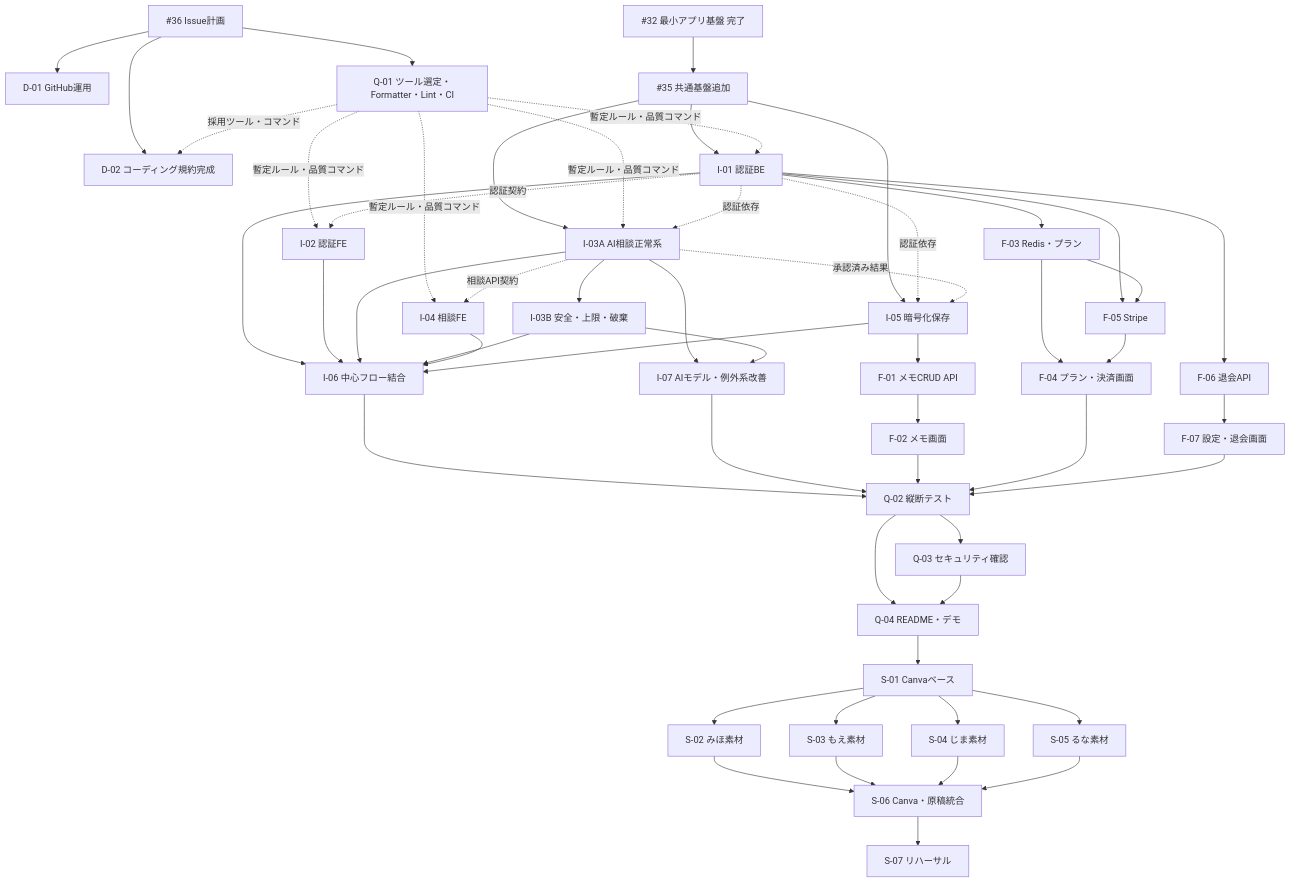
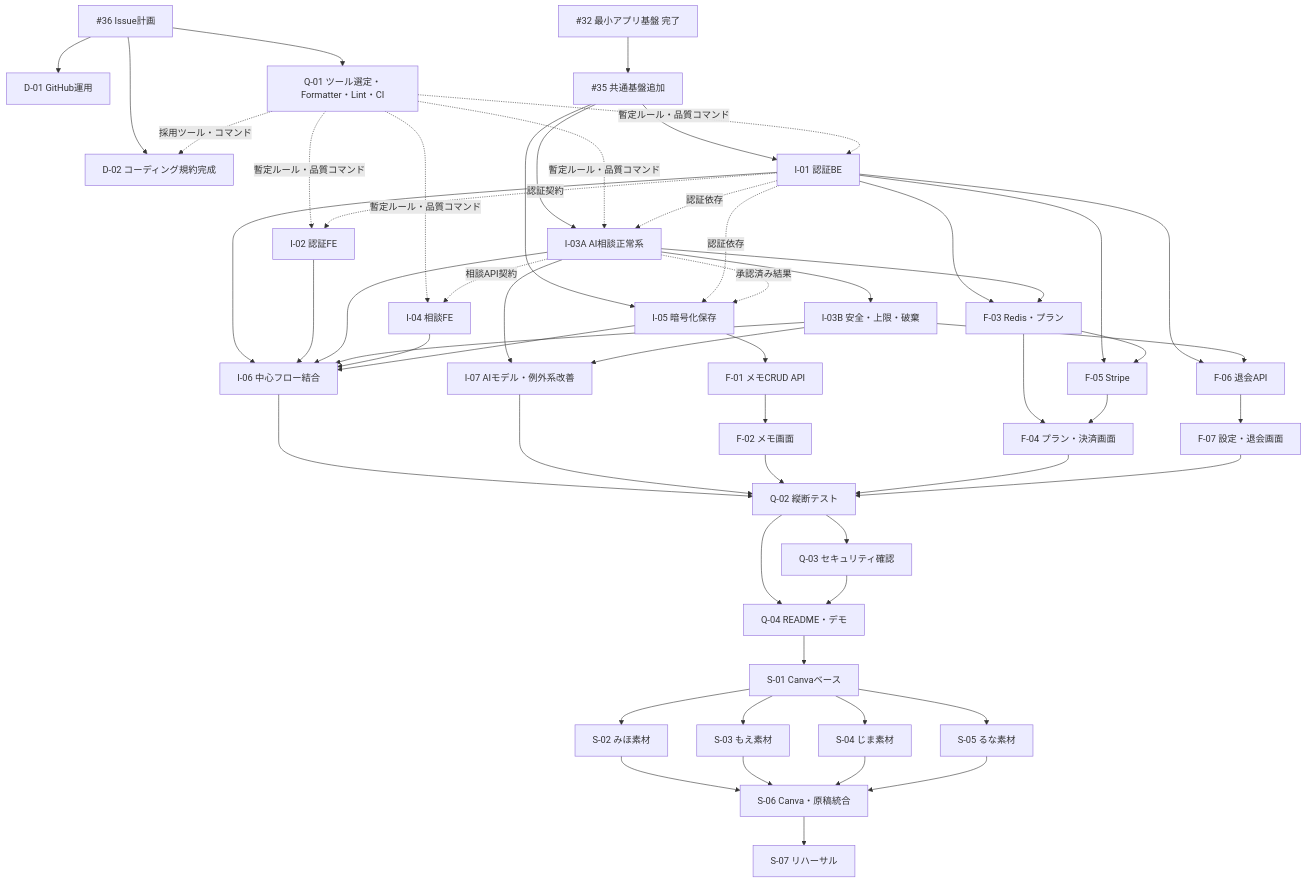
One commit to ms-engineer-bc26-05/Section9_TeamD changed the diagram in docs/sprint3-8-issue-plan.md. Above: the diagram before and after it, drawn with Mermaid. The commit also changed other lines of this file, not shown here.

````diff
--- a/docs/sprint3-8-issue-plan.md
+++ b/docs/sprint3-8-issue-plan.md
@@ -250,66 +251,68 @@
 ```mermaid
 flowchart TD
     P36["#36 Issue計画"] --> D01["D-01 GitHub運用"]
     P36 --> D02["D-02 コーディング規約完成"]
 
     B32["#32 最小アプリ基盤 完了"] --> B35["#35 共通基盤追加"]
     B35 --> I01["I-01 認証BE"]
     B35 --> I03A["I-03A AI相談正常系"]
     B35 --> I05["I-05 暗号化保存"]
 
     P36 --> Q01["Q-01 ツール選定・Formatter・Lint・CI"]
     Q01 -.採用ツール・コマンド.-> D02
     Q01 -.暫定ルール・品質コマンド.-> I01
     Q01 -.暫定ルール・品質コマンド.-> I02["I-02 認証FE"]
     Q01 -.暫定ルール・品質コマンド.-> I03A
     Q01 -.暫定ルール・品質コマンド.-> I04["I-04 相談FE"]
 
     I01 -.認証契約.-> I02
     I01 -.認証依存.-> I03A
     I01 -.認証依存.-> I05
     I03A -.相談API契約.-> I04
     I03A -.承認済み結果.-> I05
     I03A --> I03B["I-03B 安全・上限・破棄"]
 
     I01 --> I06["I-06 中心フロー結合"]
     I02 --> I06
     I03A --> I06
     I03B --> I06
     I04 --> I06
     I05 --> I06
 
     I03A --> I07["I-07 AIモデル・例外系改善"]
     I03B --> I07
     I05 --> F01["F-01 メモCRUD API"]
     F01 --> F02["F-02 メモ画面"]
 
     I01 --> F03["F-03 Redis・プラン"]
+    I03A --> F03
     F03 --> F04["F-04 プラン・決済画面"]
     I01 --> F05["F-05 Stripe"]
     F03 --> F05
     F05 --> F04
 
     I01 --> F06["F-06 退会API"]
+    I03B --> F06
     F06 --> F07["F-07 設定・退会画面"]
 
     I06 --> Q02["Q-02 縦断テスト"]
     I07 --> Q02
     F02 --> Q02
     F04 --> Q02
     F07 --> Q02
 
     Q02 --> Q03["Q-03 セキュリティ確認"]
     Q02 --> Q04["Q-04 README・デモ"]
     Q03 --> Q04
 
     Q04 --> S01["S-01 Canvaベース"]
     S01 --> S02["S-02 みほ素材"]
     S01 --> S03["S-03 もえ素材"]
     S01 --> S04["S-04 じま素材"]
     S01 --> S05["S-05 るな素材"]
     S02 --> S06["S-06 Canva・原稿統合"]
     S03 --> S06
     S04 --> S06
     S05 --> S06
     S06 --> S07["S-07 リハーサル"]
 ```
````
